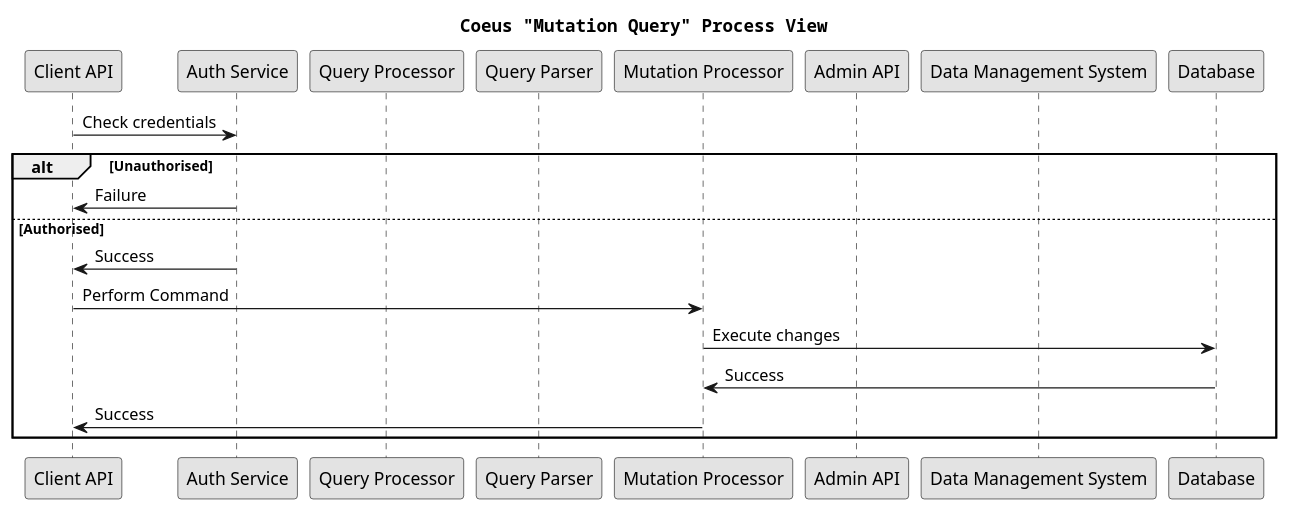
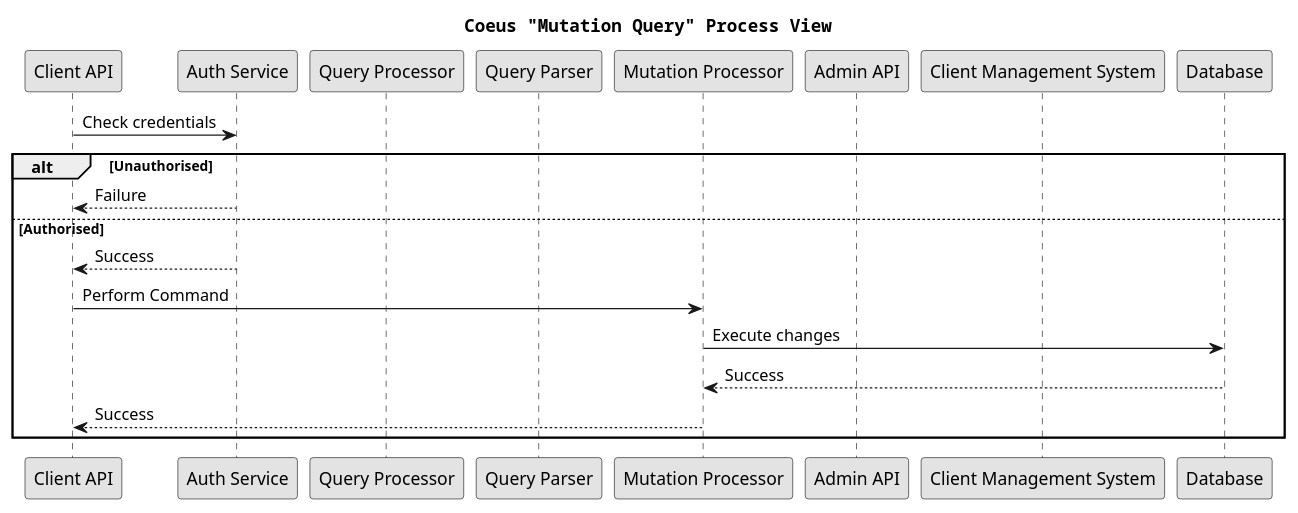
Diagram 16 of 17 in src/sa/model/index.md (USI-MSDE-SA-2022/software-architecture-model-Annonymus-v02), drawn with PlantUML before and after one commit. The commit also changed other lines of this file, not shown here.

````diff
--- a/src/sa/model/index.md
+++ b/src/sa/model/index.md
@@ -761,29 +759,29 @@
 ```puml
 @startuml
 title Coeus "Mutation Query" Process View
 
 participant "Client API" as CAPI
 participant "Auth Service" as AUTH
 participant "Query Processor" as PROC
 participant "Query Parser" as PARSE
 participant "Mutation Processor" as MUT
 participant "Admin API" as ADM_API
-participant "Data Management System" as ADM
+participant "Client Management System" as ADM
 participant "Database" as DB
 
 CAPI -> AUTH: Check credentials
 alt Unauthorised
-CAPI <- AUTH: Failure
+CAPI <-- AUTH: Failure
 else Authorised
-CAPI <- AUTH: Success
+CAPI <-- AUTH: Success
 CAPI -> MUT: Perform Command
 MUT -> DB: Execute changes
-MUT <- DB: Success
-CAPI <- MUT: Success
+MUT <-- DB: Success
+CAPI <-- MUT: Success
 end
 
 skinparam monochrome true
 skinparam shadowing false
 skinparam defaultFontName Courier
 @enduml
 ```
````
